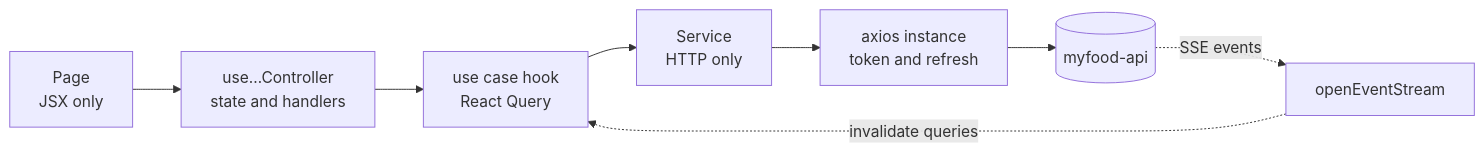
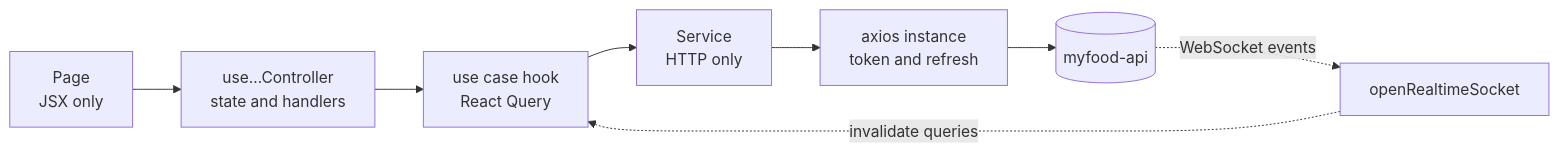
One commit to pedrohdionisio/myfood-dashboard changed the diagram in README.md. Above: the diagram before and after it, drawn with Mermaid. The commit also changed other lines of this file and 10 other files, not shown here.

First line of the commit message:
feat: receives order events over WebSocket instead of SSE

````diff
--- a/README.md
+++ b/README.md
@@ -85,10 +87,10 @@
 ```mermaid
 flowchart LR
     page["Page<br/>JSX only"] --> controller["use…Controller<br/>state and handlers"]
     controller --> useCase["use case hook<br/>React Query"]
     useCase --> service["Service<br/>HTTP only"]
     service --> axios["axios instance<br/>token and refresh"]
     axios --> api[("myfood-api")]
-    api -. "SSE events" .-> stream["openEventStream"]
+    api -. "WebSocket events" .-> stream["openRealtimeSocket"]
     stream -. "invalidate queries" .-> useCase
 ```
````
